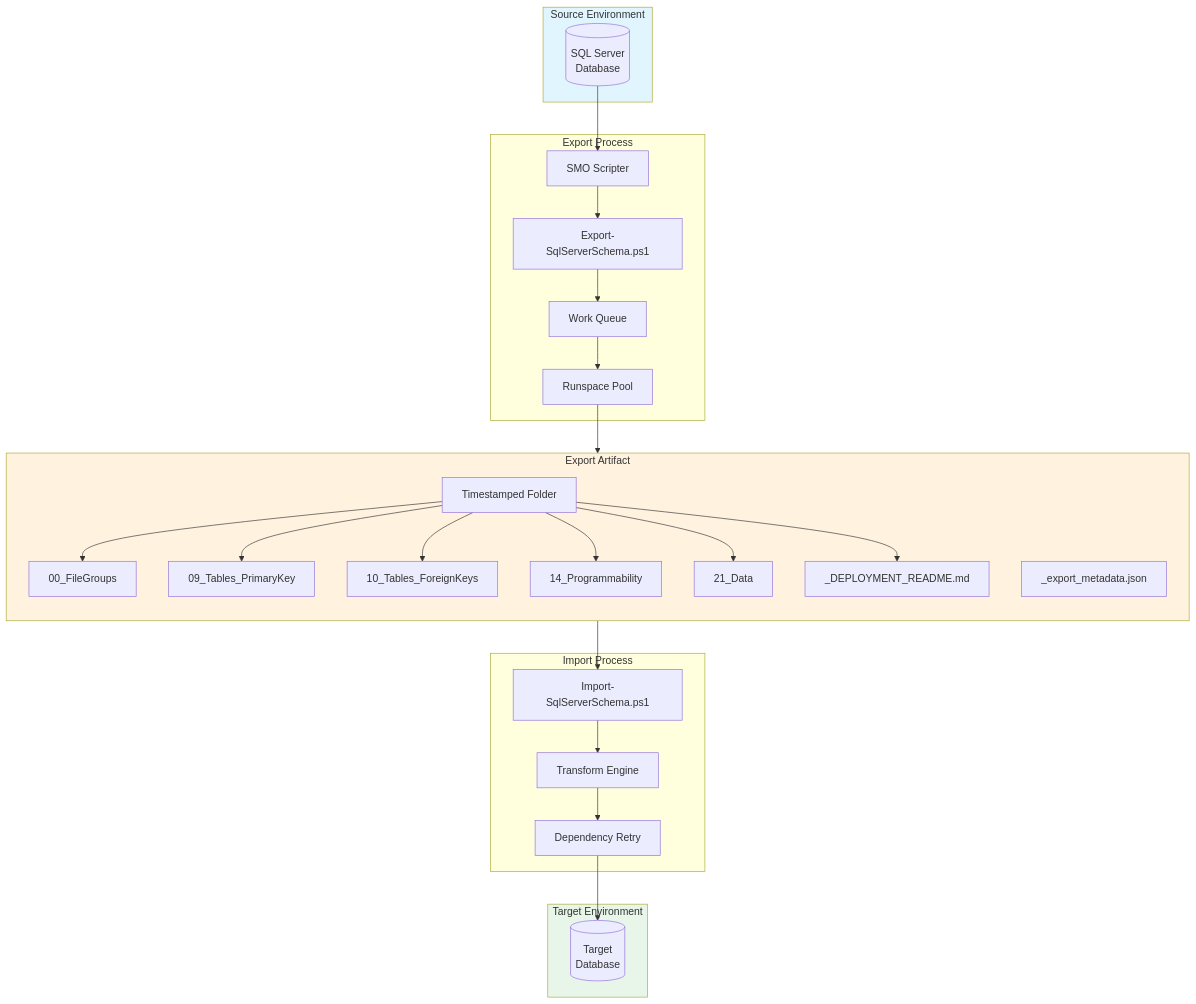
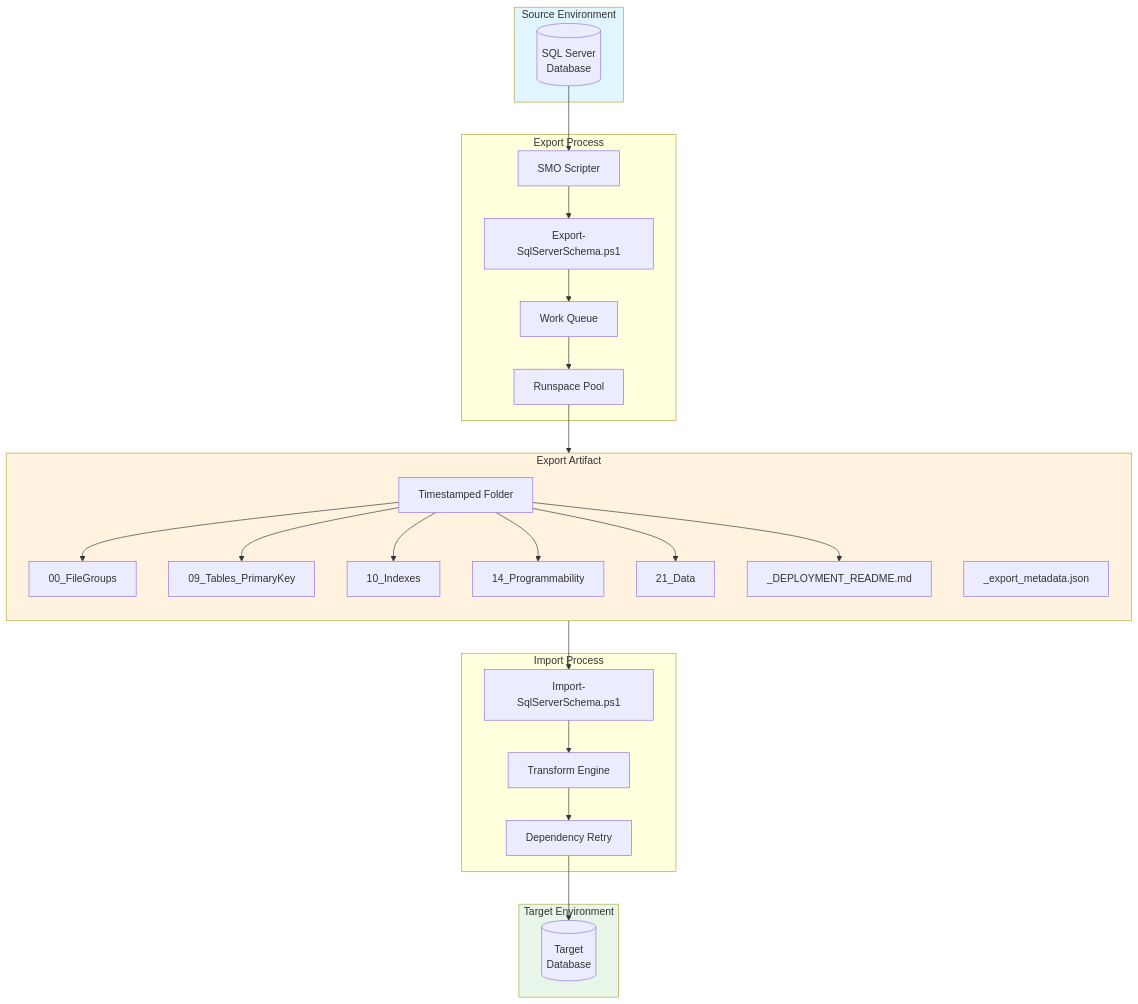
One commit to ormico/Export-SqlServerSchema changed the first of 11 diagrams in docs/SOFTWARE_DESIGN.md. Above: the diagram before and after it, drawn with Mermaid. The commit also changed other lines of this file and 9 other files, not shown here.

First line of the commit message:
Load indexes before foreign keys to fix unique index FK failures (#93) (#96)

````diff
--- a/docs/SOFTWARE_DESIGN.md
+++ b/docs/SOFTWARE_DESIGN.md
@@ -90,51 +90,51 @@
 ```mermaid
 flowchart TB
     subgraph Source["Source Environment"]
         DB1[(SQL Server<br/>Database)]
     end
 
     subgraph Export["Export Process"]
         EXP[Export-SqlServerSchema.ps1]
         SMO1[SMO Scripter]
         WQ[Work Queue]
         RP[Runspace Pool]
     end
 
     subgraph Artifact["Export Artifact"]
         direction TB
         FS[Timestamped Folder]
         F00[00_FileGroups]
         F09[09_Tables_PrimaryKey]
-        F10[10_Tables_ForeignKeys]
+        F10[10_Indexes]
         F14[14_Programmability]
         F21[21_Data]
         MAN[_DEPLOYMENT_README.md]
         META[_export_metadata.json]
     end
 
     subgraph Import["Import Process"]
         IMP[Import-SqlServerSchema.ps1]
         TRANS[Transform Engine]
         RETRY[Dependency Retry]
     end
 
     subgraph Target["Target Environment"]
         DB2[(Target<br/>Database)]
     end
 
     DB1 --> SMO1
     SMO1 --> EXP
     EXP --> WQ
     WQ --> RP
     RP --> FS
     FS --> F00 & F09 & F10 & F14 & F21 & MAN
 
     FS --> IMP
     IMP --> TRANS
     TRANS --> RETRY
     RETRY --> DB2
 
     style Source fill:#e1f5fe
     style Target fill:#e8f5e9
     style Artifact fill:#fff3e0
 ```
````
